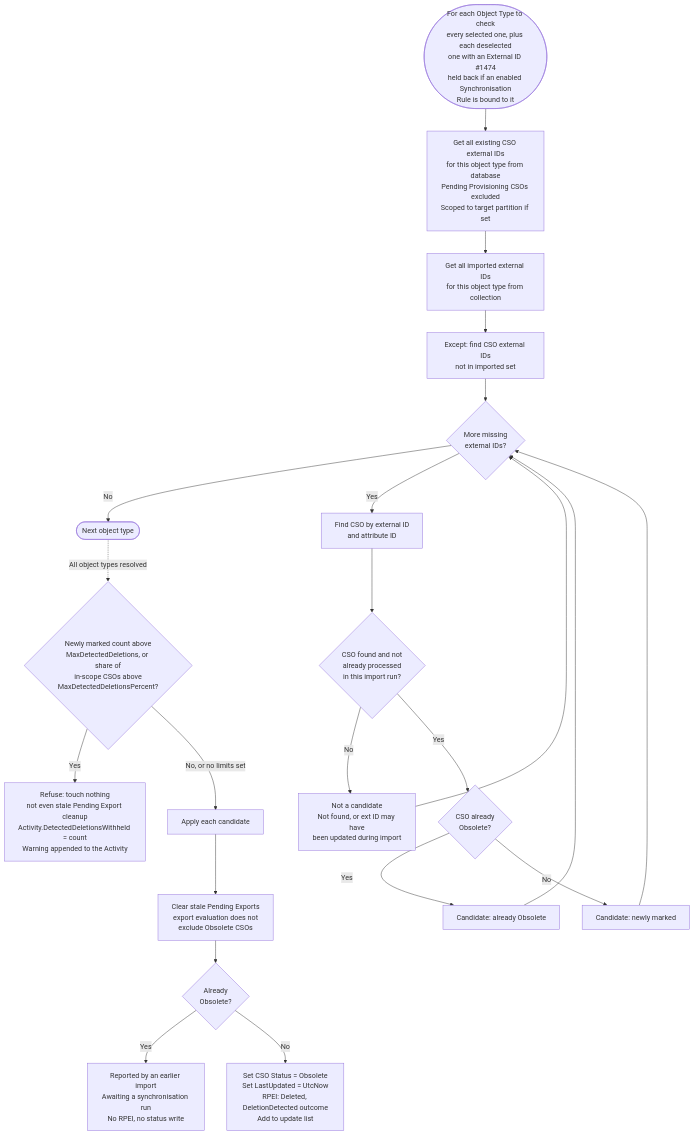
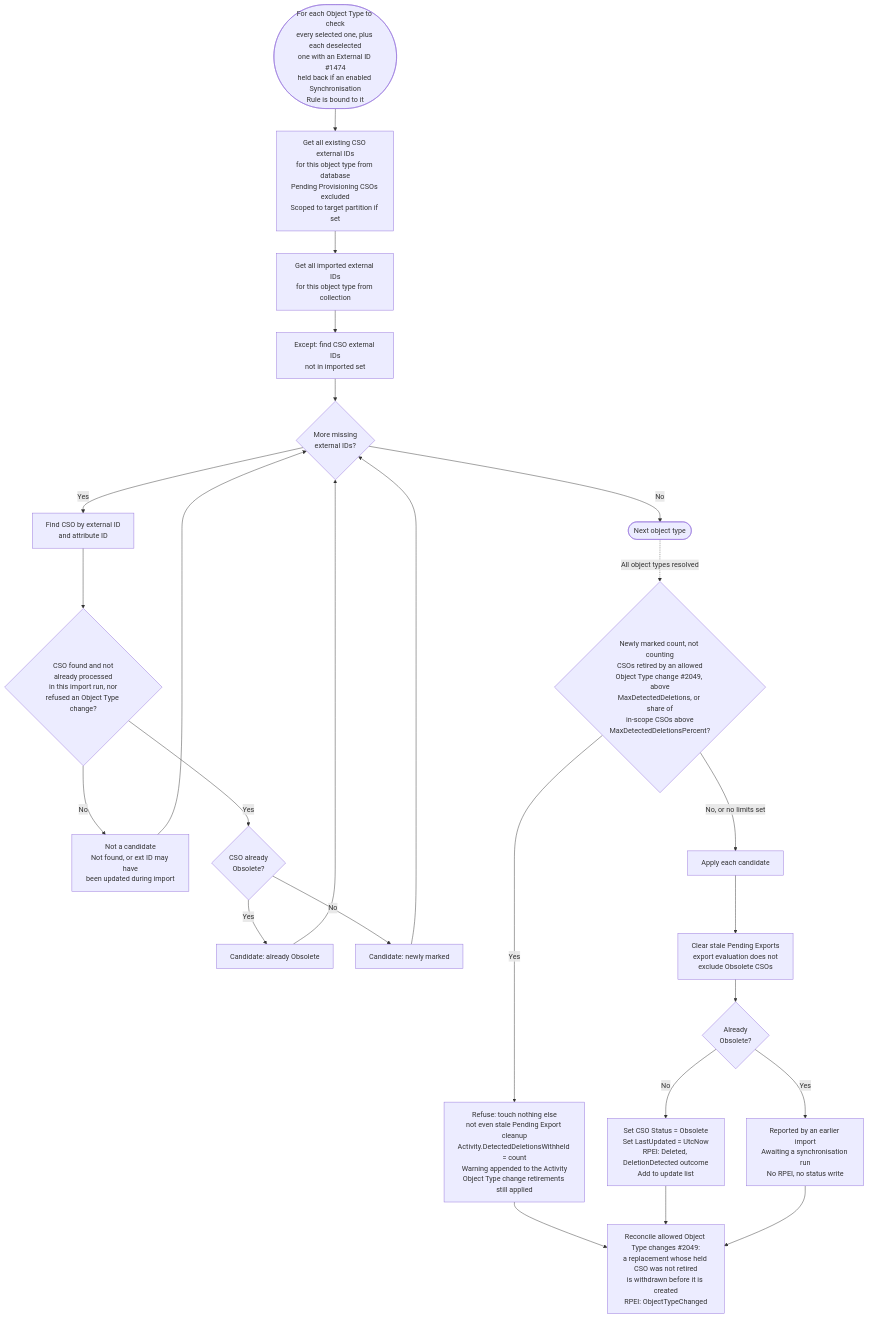
One commit to TetronIO/JIM changed the third of 6 diagrams in docs/developer/diagrams/FULL_IMPORT_FLOW.md. Above: the diagram before and after it, drawn with Mermaid. The commit also changed other lines of this file and 172 other files, not shown here.

First line of the commit message:
LDAP: refuse Object Type changes, create Active Directory accounts with an Initial Password, and fix partly applied membership exports (#2110)

````diff
--- a/docs/developer/diagrams/FULL_IMPORT_FLOW.md
+++ b/docs/developer/diagrams/FULL_IMPORT_FLOW.md
@@ -156,25 +160,29 @@
 ```mermaid
 flowchart TD
     Start([For each Object Type to check<br/>every selected one, plus each deselected<br/>one with an External ID #1474<br/>held back if an enabled Synchronisation<br/>Rule is bound to it]) --> GetExisting[Get all existing CSO external IDs<br/>for this object type from database<br/>Pending Provisioning CSOs excluded<br/>Scoped to target partition if set]
     GetExisting --> GetImported[Get all imported external IDs<br/>for this object type from collection]
     GetImported --> Compare[Except: find CSO external IDs<br/>not in imported set]
     Compare --> Loop{More missing<br/>external IDs?}
     Loop -->|No| NextType([Next object type])
     Loop -->|Yes| FindCso[Find CSO by external ID<br/>and attribute ID]
-    FindCso --> Found{CSO found and not<br/>already processed<br/>in this import run?}
+    FindCso --> Found{CSO found and not<br/>already processed<br/>in this import run, nor<br/>refused an Object Type change?}
     Found -->|No| Drop[Not a candidate<br/>Not found, or ext ID may have<br/>been updated during import]
     Drop --> Loop
     Found -->|Yes| Classify{CSO already<br/>Obsolete?}
     Classify -->|Yes| AlreadyObsolete[Candidate: already Obsolete]
     Classify -->|No| NewlyMarked[Candidate: newly marked]
     AlreadyObsolete --> Loop
     NewlyMarked --> Loop
 
-    NextType -.->|All object types resolved| Limits{Newly marked count above<br/>MaxDetectedDeletions, or share of<br/>in-scope CSOs above<br/>MaxDetectedDeletionsPercent?}
-    Limits -->|Yes| Refuse[Refuse: touch nothing<br/>not even stale Pending Export cleanup<br/>Activity.DetectedDeletionsWithheld = count<br/>Warning appended to the Activity]
+    NextType -.->|All object types resolved| Limits{Newly marked count, not counting<br/>CSOs retired by an allowed<br/>Object Type change #2049, above<br/>MaxDetectedDeletions, or share of<br/>in-scope CSOs above<br/>MaxDetectedDeletionsPercent?}
+    Limits -->|Yes| Refuse[Refuse: touch nothing else<br/>not even stale Pending Export cleanup<br/>Activity.DetectedDeletionsWithheld = count<br/>Warning appended to the Activity<br/>Object Type change retirements still applied]
+    Refuse --> Reconcile
+    Obsolete --> Reconcile
+    StillGone --> Reconcile
+    Reconcile[Reconcile allowed Object Type changes #2049:<br/>a replacement whose held CSO was not retired<br/>is withdrawn before it is created<br/>RPEI: ObjectTypeChanged]
     Limits -->|No, or no limits set| Apply[Apply each candidate]
     Apply --> ClearPes[Clear stale Pending Exports<br/>export evaluation does not<br/>exclude Obsolete CSOs]
     ClearPes --> WasObsolete{Already<br/>Obsolete?}
     WasObsolete -->|Yes| StillGone[Reported by an earlier import<br/>Awaiting a synchronisation run<br/>No RPEI, no status write]
     WasObsolete -->|No| Obsolete[Set CSO Status = Obsolete<br/>Set LastUpdated = UtcNow<br/>RPEI: Deleted, DeletionDetected outcome<br/>Add to update list]
 ```
````
